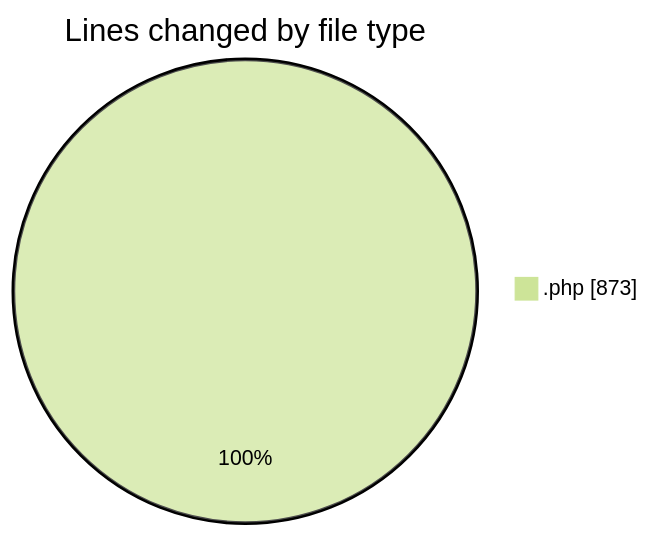
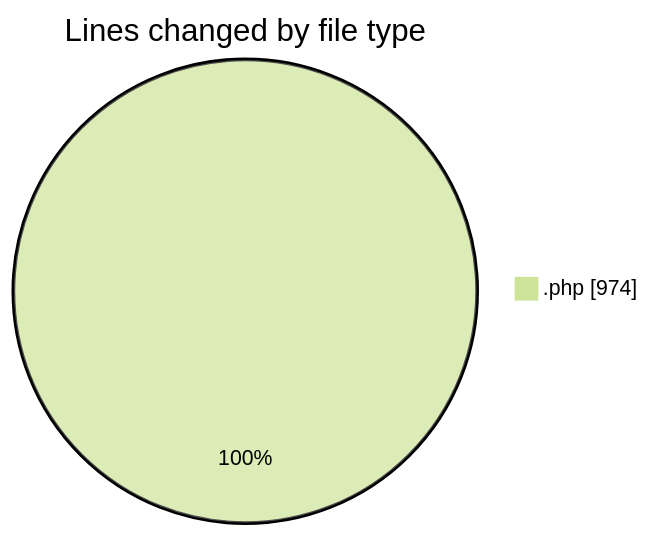
One commit to LanceThiago/code-tracking changed the first of 2 diagrams in 2025-01-14/oficina/README.md. Above: the diagram before and after it, drawn with Mermaid (forest theme). The commit also changed other lines of this file and 1 other file, not shown here.

````diff
--- a/2025-01-14/oficina/README.md
+++ b/2025-01-14/oficina/README.md
@@ -22,5 +23,5 @@
 ```mermaid
 pie showData
 title Lines changed by file type
-".php" : 873
+".php" : 974
 ```
````
